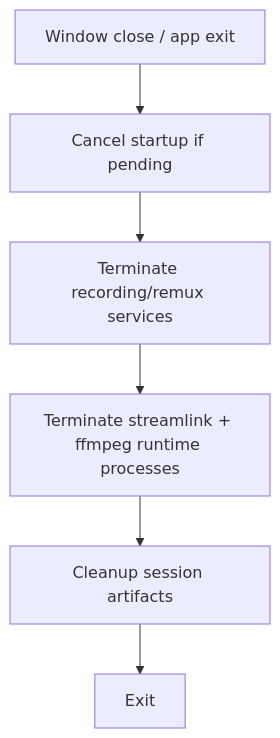
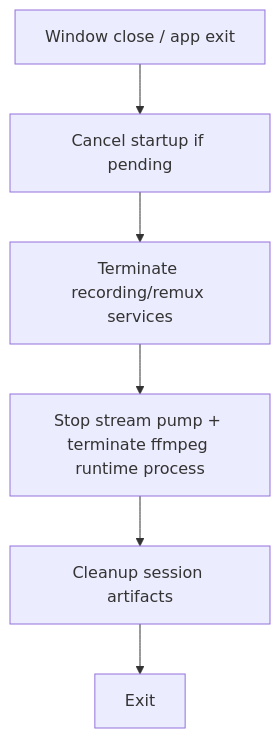
Before and after one commit to tarzasai/clippiti: the fourth of 4 diagrams in doc/runtime-workflows.md, drawn with Mermaid. The commit also changed other lines of this file and 19 other files, not shown here.

````diff
--- a/doc/runtime-workflows.md
+++ b/doc/runtime-workflows.md
@@ -65,8 +65,8 @@
 ```mermaid
 flowchart TD
     A[Window close / app exit] --> B[Cancel startup if pending]
     B --> C[Terminate recording/remux services]
-    C --> D[Terminate streamlink + ffmpeg runtime processes]
+    C --> D[Stop stream pump + terminate ffmpeg runtime process]
     D --> E[Cleanup session artifacts]
     E --> F[Exit]
 ```
````
